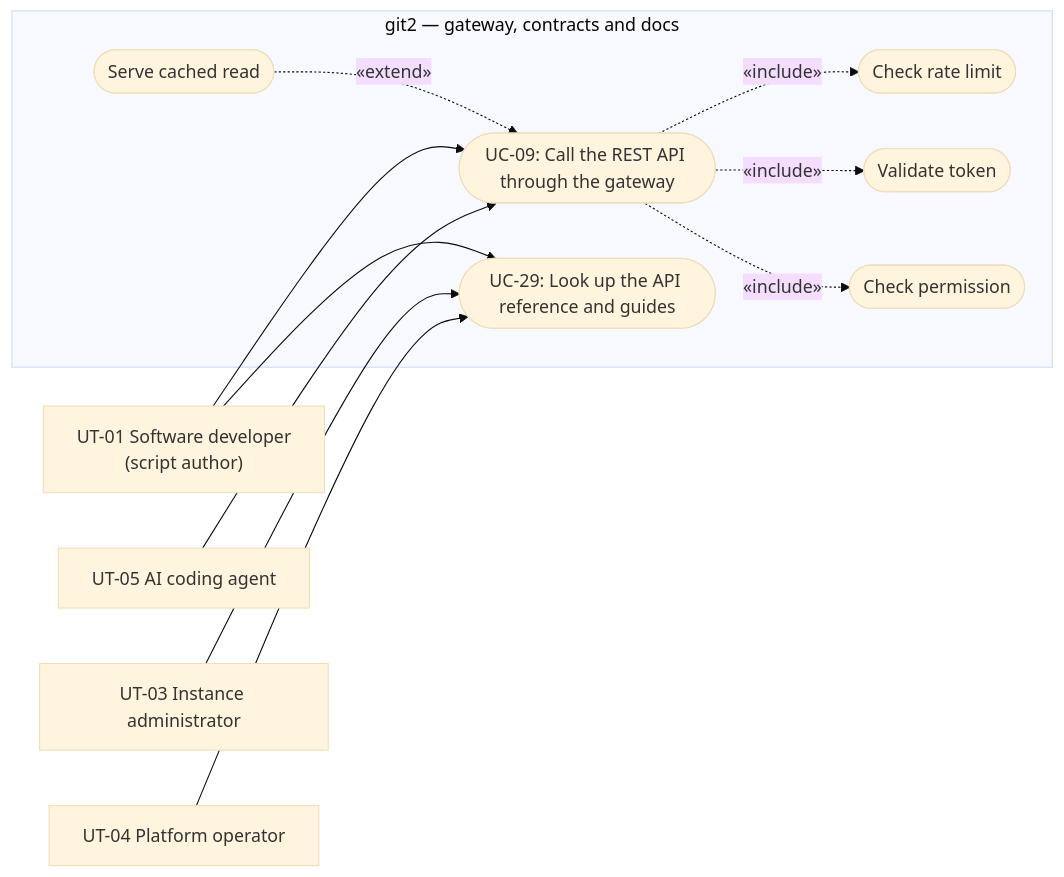
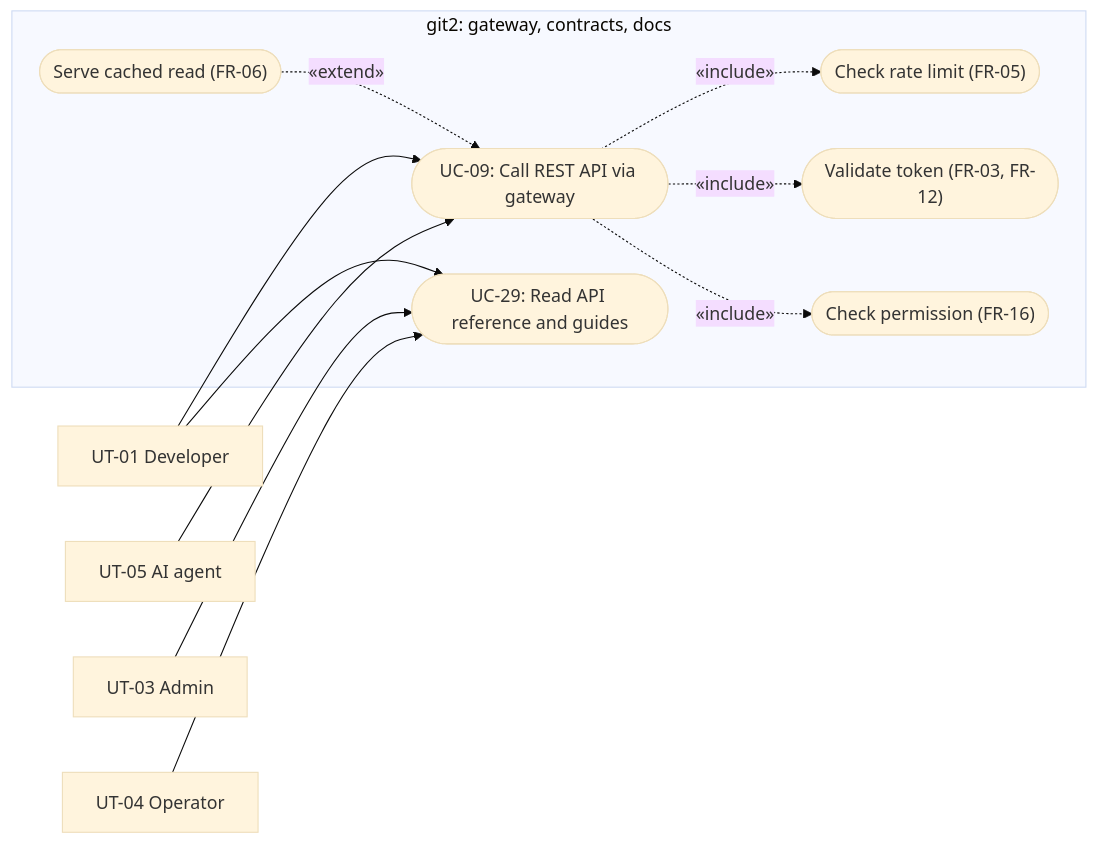
The third of 13 diagrams in docs/project_docs/to_customer/RequirementsSpecification.md (git2-project/git2), drawn with Mermaid (base theme) before and after one commit. The commit also changed other lines of this file, not shown here.

First line of the commit message:
docs(req-spec): bring the reviewed Spec from PR #33 to dev/main

````diff
--- a/docs/project_docs/to_customer/RequirementsSpecification.md
+++ b/docs/project_docs/to_customer/RequirementsSpecification.md
@@ -660,26 +532,25 @@
 ```mermaid
 flowchart LR
-    Dev["UT-01 Software developer<br/>(script author)"]
-    Agent["UT-05 AI coding agent"]
-    Admin["UT-03 Instance administrator"]
-    Ops["UT-04 Platform operator"]
+    Dev["UT-01 Developer"]
+    Agent["UT-05 AI agent"]
+    Admin["UT-03 Admin"]
+    Ops["UT-04 Operator"]
 
-    subgraph System["git2 — gateway, contracts and docs"]
-        UC09(["UC-09: Call the REST API through the gateway"])
-        UC29(["UC-29: Look up the API reference and guides"])
-        Limit(["Check rate limit"])
-        Token(["Validate token"])
-        Perm(["Check permission"])
-        Cache(["Serve cached read"])
+    subgraph System["git2: gateway, contracts, docs"]
+        UC09(["UC-09: Call REST API via gateway"])
+        UC29(["UC-29: Read API reference and guides"])
+        Limit(["Check rate limit (FR-05)"])
+        Token(["Validate token (FR-03, FR-12)"])
+        Perm(["Check permission (FR-16)"])
+        Cache(["Serve cached read (FR-06)"])
     end
 
-    Dev --> UC09
+    Dev --> UC09 & UC29
     Agent --> UC09
-    Dev --> UC29
     Admin --> UC29
     Ops --> UC29
     UC09 -.->|«include»| Limit
     UC09 -.->|«include»| Token
     UC09 -.->|«include»| Perm
     Cache -.->|«extend»| UC09
 ```
````
